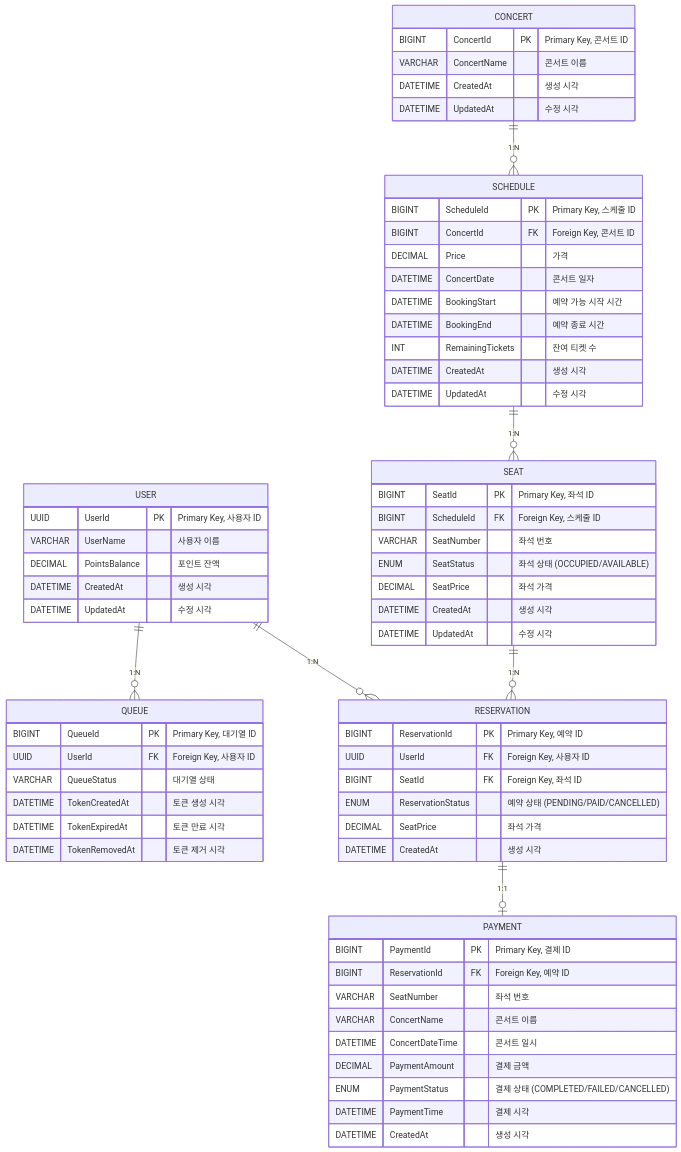
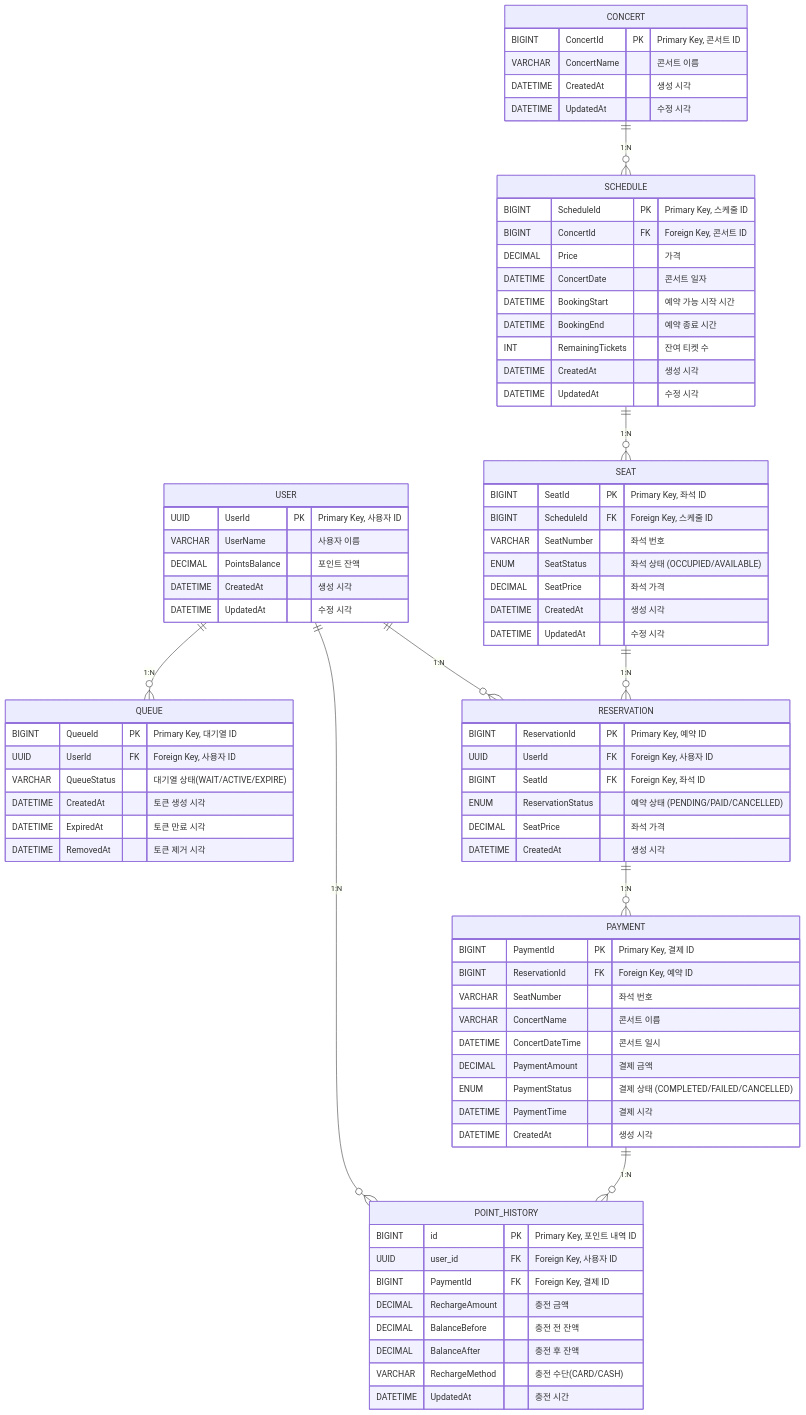
One commit to hwajinkim/concert-reserv-service changed the diagram in docs/erd/ERD.md. Above: the diagram before and after it, drawn with Mermaid. The commit also changed other lines of this file, not shown here.

Commit message:
Docs: 피드백 참고하여 ERD 수정

````diff
--- a/docs/erd/ERD.md
+++ b/docs/erd/ERD.md
@@ -12,13 +12,23 @@
         DATETIME CreatedAt "생성 시각"
         DATETIME UpdatedAt "수정 시각"
     }
+    POINT_HISTORY{
+        BIGINT id PK "Primary Key, 포인트 내역 ID"
+        UUID user_id FK "Foreign Key, 사용자 ID"
+        BIGINT PaymentId FK "Foreign Key, 결제 ID"
+        DECIMAL RechargeAmount "충전 금액"
+        DECIMAL BalanceBefore "충전 전 잔액"
+        DECIMAL BalanceAfter "충전 후 잔액"
+        VARCHAR RechargeMethod "충전 수단(CARD/CASH)"
+        DATETIME UpdatedAt "충전 시간"
+    }
     QUEUE {
         BIGINT QueueId PK "Primary Key, 대기열 ID"
         UUID UserId FK "Foreign Key, 사용자 ID"
-        VARCHAR QueueStatus "대기열 상태"
-        DATETIME TokenCreatedAt "토큰 생성 시각"
-        DATETIME TokenExpiredAt "토큰 만료 시각"
-        DATETIME TokenRemovedAt "토큰 제거 시각"
+        VARCHAR QueueStatus "대기열 상태(WAIT/ACTIVE/EXPIRE)"
+        DATETIME CreatedAt "토큰 생성 시각"
+        DATETIME ExpiredAt "토큰 만료 시각"
+        DATETIME RemovedAt "토큰 제거 시각"
     }
     CONCERT {
         BIGINT ConcertId PK "Primary Key, 콘서트 ID"
@@ -66,9 +76,11 @@
         DATETIME CreatedAt "생성 시각"
     }
     USER ||--o{ QUEUE : "1:N"
+    USER ||--o{ POINT_HISTORY : "1:N"
     CONCERT ||--o{ SCHEDULE : "1:N"
     SCHEDULE ||--o{ SEAT : "1:N"
     SEAT ||--o{ RESERVATION : "1:N"
-    RESERVATION ||--o| PAYMENT : "1:1"
+    RESERVATION ||--o{ PAYMENT : "1:N"
     USER ||--o{ RESERVATION : "1:N"
+    PAYMENT ||--o{ POINT_HISTORY : "1:N"
 ```
````
